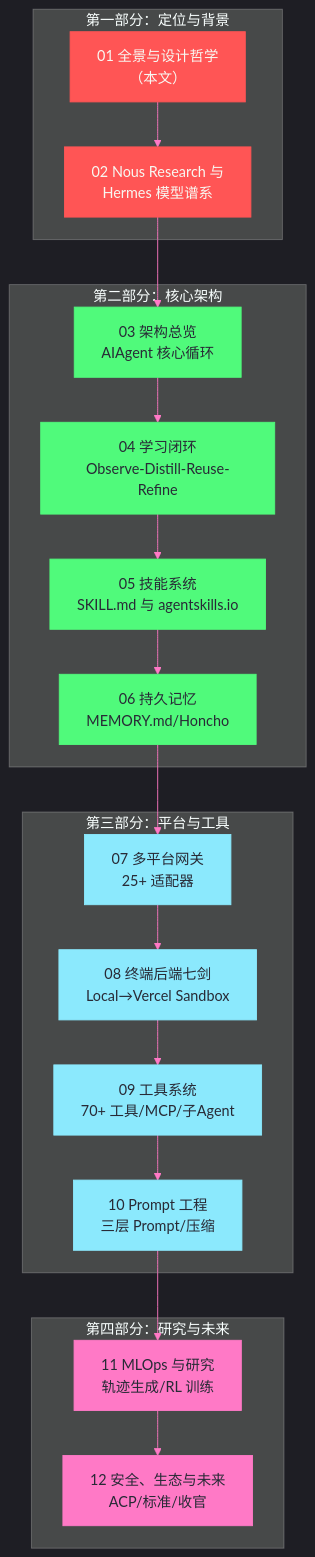
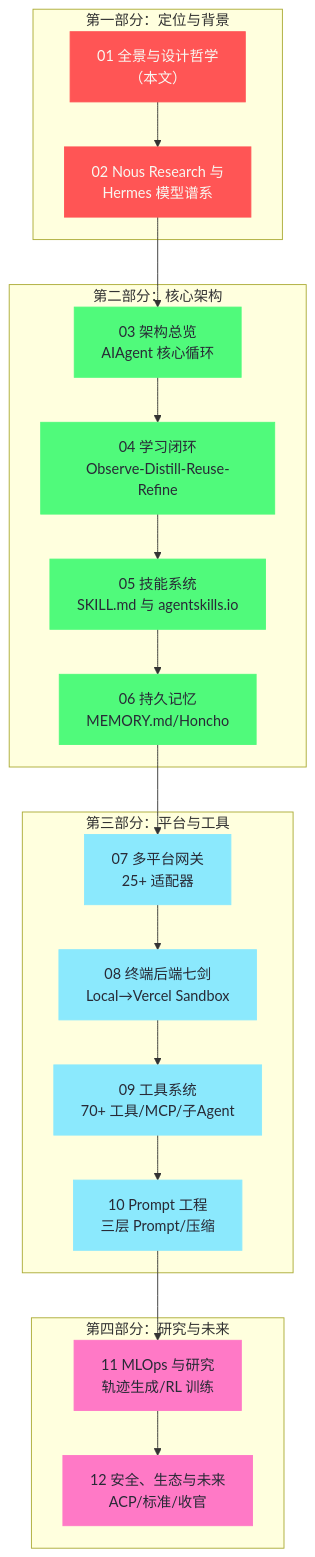
One commit to hpliStartAgain/my-brain changed the second of 2 diagrams in content/LLM/Hermes-Agent/01 Hermes Agent 全景——自改进 Agent 的设计哲学.md. Above: the diagram before and after it, drawn with Mermaid. The commit also changed other lines of this file and 52 other files, not shown here.

````diff
--- a/content/LLM/Hermes-Agent/01 Hermes Agent 全景——自改进 Agent 的设计哲学.md
+++ b/content/LLM/Hermes-Agent/01 Hermes Agent 全景——自改进 Agent 的设计哲学.md
@@ -278,38 +376,38 @@
 ```mermaid
-%%{init: {'theme': 'dark', 'themeVariables': {'primaryColor': '#6272a4', 'primaryTextColor': '#f8f8f2', 'primaryBorderColor': '#bd93f9', 'lineColor': '#ff79c6', 'secondaryColor': '#44475a', 'tertiaryColor': '#282a36'}}}%%
+%%{init: {'theme': 'dracula'}}%%
 graph TD
     subgraph "第一部分：定位与背景"
         A1["01 全景与设计哲学<br/>（本文）"]
         A2["02 Nous Research 与<br/>Hermes 模型谱系"]
     end
     subgraph "第二部分：核心架构"
         B1["03 架构总览<br/>AIAgent 核心循环"]
         B2["04 学习闭环<br/>Observe-Distill-Reuse-Refine"]
         B3["05 技能系统<br/>SKILL.md 与 agentskills.io"]
         B4["06 持久记忆<br/>MEMORY.md/Honcho"]
     end
     subgraph "第三部分：平台与工具"
         C1["07 多平台网关<br/>25+ 适配器"]
         C2["08 终端后端七剑<br/>Local→Vercel Sandbox"]
         C3["09 工具系统<br/>70+ 工具/MCP/子Agent"]
         C4["10 Prompt 工程<br/>三层 Prompt/压缩"]
     end
     subgraph "第四部分：研究与未来"
         D1["11 MLOps 与研究<br/>轨迹生成/RL 训练"]
         D2["12 安全、生态与未来<br/>ACP/标准/收官"]
     end
 
     A1 --> A2 --> B1 --> B2 --> B3 --> B4
     B4 --> C1 --> C2 --> C3 --> C4
     C4 --> D1 --> D2
 
     classDef part1 fill:#ff5555,stroke:#ff5555,color:#f8f8f2
     classDef part2 fill:#50fa7b,stroke:#50fa7b,color:#282a36
     classDef part3 fill:#8be9fd,stroke:#8be9fd,color:#282a36
     classDef part4 fill:#ff79c6,stroke:#ff79c6,color:#282a36
 
     class A1,A2 part1
     class B1,B2,B3,B4 part2
     class C1,C2,C3,C4 part3
     class D1,D2 part4
 ```
````
